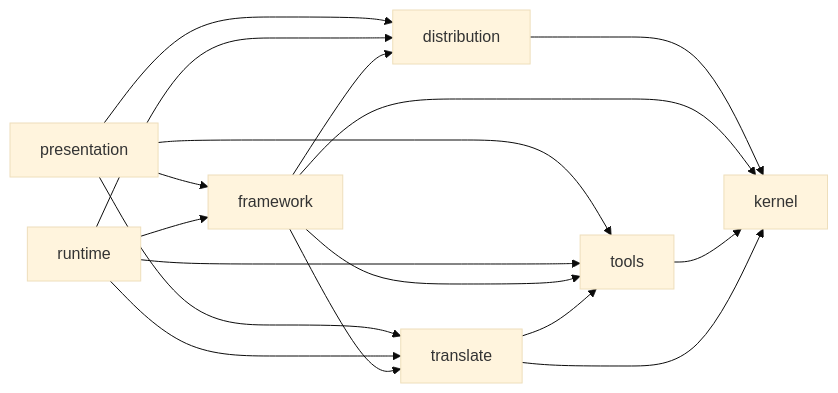
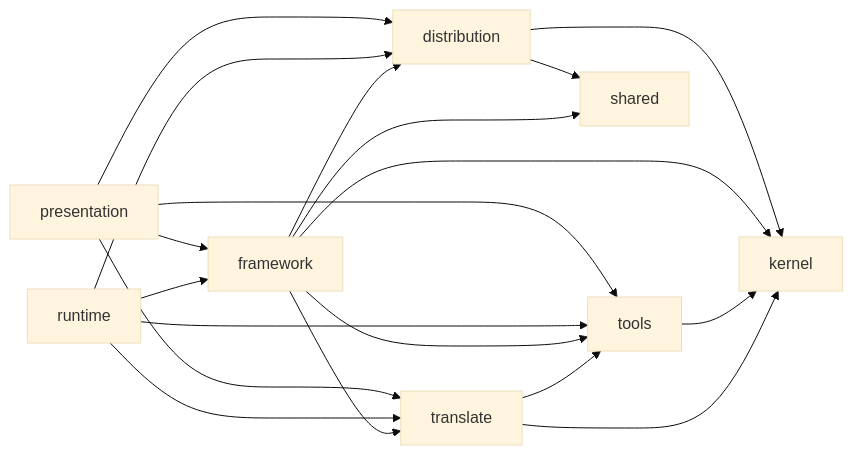
The diagram in cli/aidd_docs/memory/architecture.md (ai-driven-dev/framework), drawn with Mermaid (base theme) before and after one commit. The commit also changed 9 other files, not shown here.

````diff
--- a/cli/aidd_docs/memory/architecture.md
+++ b/cli/aidd_docs/memory/architecture.md
@@ -15,19 +15,21 @@
 ```mermaid
 flowchart LR
     Presentation["presentation"] --> Distribution["distribution"]
     Presentation --> Framework["framework"]
     Presentation --> Tools["tools"]
     Presentation --> Translate["translate"]
     Runtime["runtime"] --> Distribution
     Runtime --> Framework
     Runtime --> Tools
     Runtime --> Translate
     Framework --> Translate
     Framework --> Distribution
     Framework --> Tools
     Translate --> Tools
     Distribution --> Kernel["kernel"]
+    Distribution --> Shared["shared"]
+    Framework --> Shared
     Framework --> Kernel
     Tools --> Kernel
     Translate --> Kernel
 ```
````
